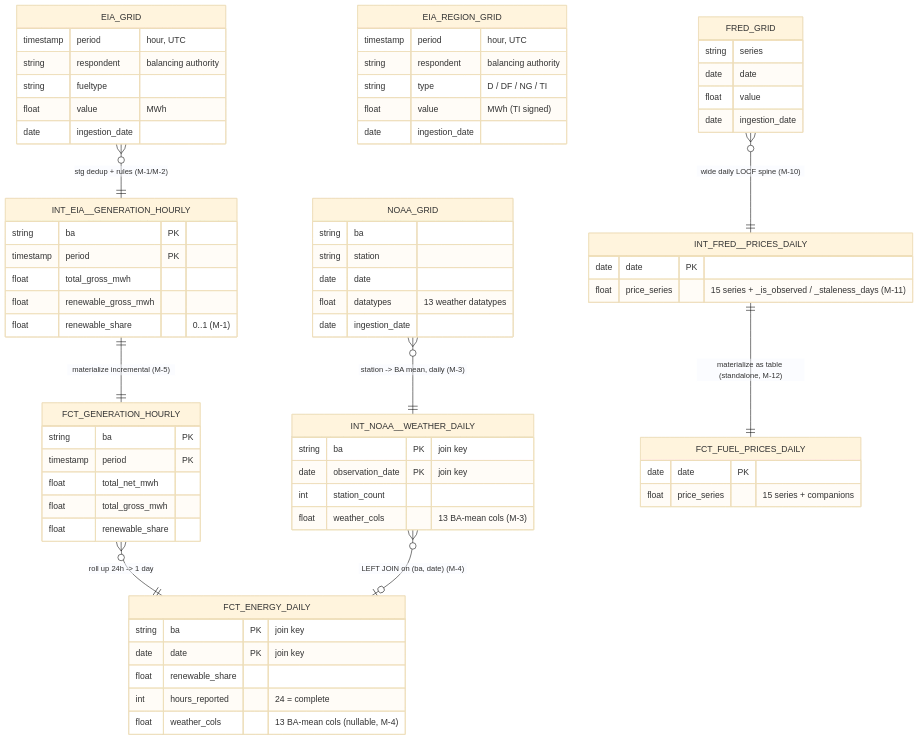
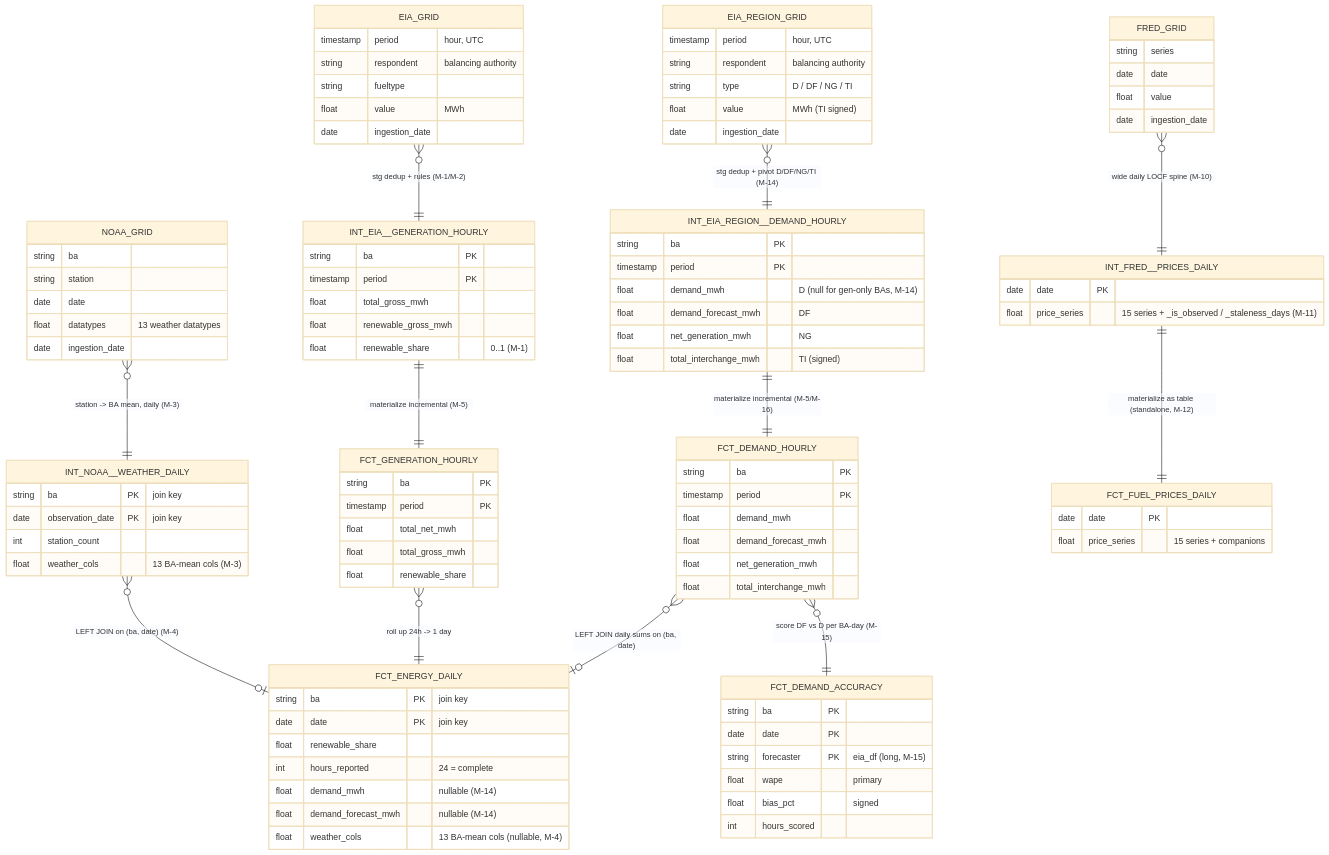
One commit to victor-cakess/zeus changed the second of 2 diagrams in README.md. Above: the diagram before and after it, drawn with Mermaid (base theme). The commit also changed other lines of this file and 2 other files, not shown here.

Commit message:
docs: sync front door + shared figures for the demand marts
- README: status now 16 models / 71 tests; data-model intro + erDiagram gain
  int_eia_region__demand_hourly -> fct_demand_hourly -> fct_demand_accuracy and
  the demand columns on fct_energy_daily (region-data no longer 'unconnected')
- ADR dbt section + DBT-2 chip example, RUNBOOK perf line + digest chip:
  model/test counts moved together (shared figures)

```diff
--- a/README.md
+++ b/README.md
@@ -95,6 +95,14 @@
         float renewable_gross_mwh
         float renewable_share "0..1 (M-1)"
     }
+    INT_EIA_REGION__DEMAND_HOURLY {
+        string ba PK
+        timestamp period PK
+        float demand_mwh "D (null for gen-only BAs, M-14)"
+        float demand_forecast_mwh "DF"
+        float net_generation_mwh "NG"
+        float total_interchange_mwh "TI (signed)"
+    }
     INT_NOAA__WEATHER_DAILY {
         string ba PK "join key"
         date observation_date PK "join key"
@@ -112,11 +120,29 @@
         float total_gross_mwh
         float renewable_share
     }
+    FCT_DEMAND_HOURLY {
+        string ba PK
+        timestamp period PK
+        float demand_mwh
+        float demand_forecast_mwh
+        float net_generation_mwh
+        float total_interchange_mwh
+    }
+    FCT_DEMAND_ACCURACY {
+        string ba PK
+        date date PK
+        string forecaster PK "eia_df (long, M-15)"
+        float wape "primary"
+        float bias_pct "signed"
+        int hours_scored
+    }
     FCT_ENERGY_DAILY {
         string ba PK "join key"
         date date PK "join key"
         float renewable_share
         int hours_reported "24 = complete"
+        float demand_mwh "nullable (M-14)"
+        float demand_forecast_mwh "nullable (M-14)"
         float weather_cols "13 BA-mean cols (nullable, M-4)"
     }
     FCT_FUEL_PRICES_DAILY {
@@ -125,6 +151,10 @@
     }
 
     EIA_GRID }o--|| INT_EIA__GENERATION_HOURLY : "stg dedup + rules (M-1/M-2)"
+    EIA_REGION_GRID }o--|| INT_EIA_REGION__DEMAND_HOURLY : "stg dedup + pivot D/DF/NG/TI (M-14)"
+    INT_EIA_REGION__DEMAND_HOURLY ||--|| FCT_DEMAND_HOURLY : "materialize incremental (M-5/M-16)"
+    FCT_DEMAND_HOURLY }o--|| FCT_DEMAND_ACCURACY : "score DF vs D per BA-day (M-15)"
+    FCT_DEMAND_HOURLY }o--o| FCT_ENERGY_DAILY : "LEFT JOIN daily sums on (ba, date)"
     NOAA_GRID }o--|| INT_NOAA__WEATHER_DAILY : "station -> BA mean, daily (M-3)"
     FRED_GRID }o--|| INT_FRED__PRICES_DAILY : "wide daily LOCF spine (M-10)"
     INT_EIA__GENERATION_HOURLY ||--|| FCT_GENERATION_HOURLY : "materialize incremental (M-5)"
```
